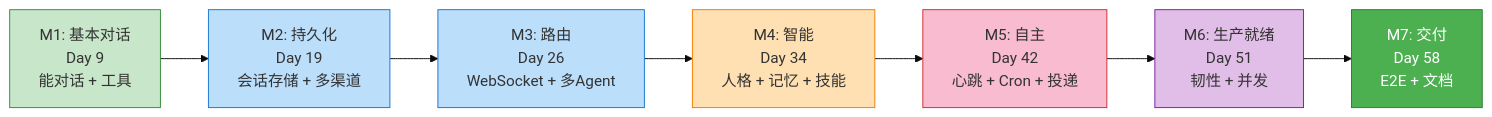
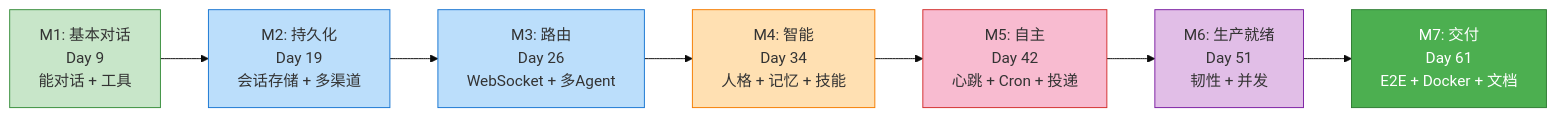
Before and after one commit to XianReallyHot-ZZH/OpenClaw-ZeroToOne: the eighth of 8 diagrams in specs/enterprise-claw0/03-testing-and-roadmap.md, drawn with Mermaid (base theme). The commit also changed other lines of this file and 4 other files, not shown here.

````diff
--- a/specs/enterprise-claw0/03-testing-and-roadmap.md
+++ b/specs/enterprise-claw0/03-testing-and-roadmap.md
@@ -567,18 +575,18 @@
 ```mermaid
 flowchart LR
     M1["M1: 基本对话\nDay 9\n能对话 + 工具"] -->
     M2["M2: 持久化\nDay 19\n会话存储 + 多渠道"] -->
     M3["M3: 路由\nDay 26\nWebSocket + 多Agent"] -->
     M4["M4: 智能\nDay 34\n人格 + 记忆 + 技能"] -->
     M5["M5: 自主\nDay 42\n心跳 + Cron + 投递"] -->
     M6["M6: 生产就绪\nDay 51\n韧性 + 并发"] -->
-    M7["M7: 交付\nDay 58\nE2E + 文档"]
+    M7["M7: 交付\nDay 61\nE2E + Docker + 文档"]
 
     style M1 fill:#c8e6c9,stroke:#388e3c
     style M2 fill:#bbdefb,stroke:#1976d2
     style M3 fill:#bbdefb,stroke:#1976d2
     style M4 fill:#ffe0b2,stroke:#f57c00
     style M5 fill:#f8bbd0,stroke:#d32f2f
     style M6 fill:#e1bee7,stroke:#7b1fa2
     style M7 fill:#4caf50,color:#fff,stroke:#2e7d32
 ```
````
